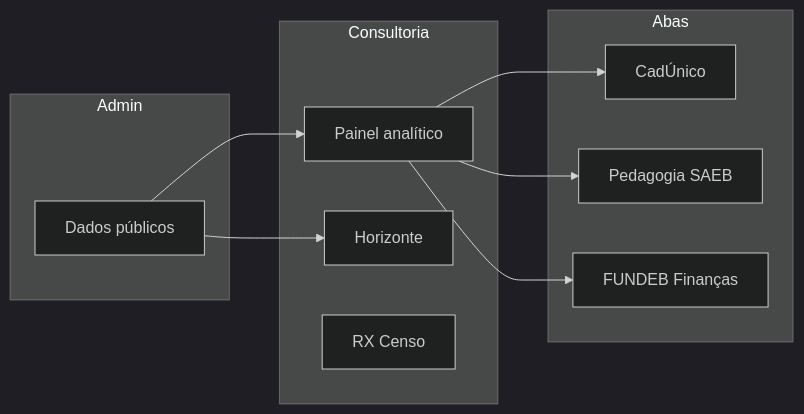
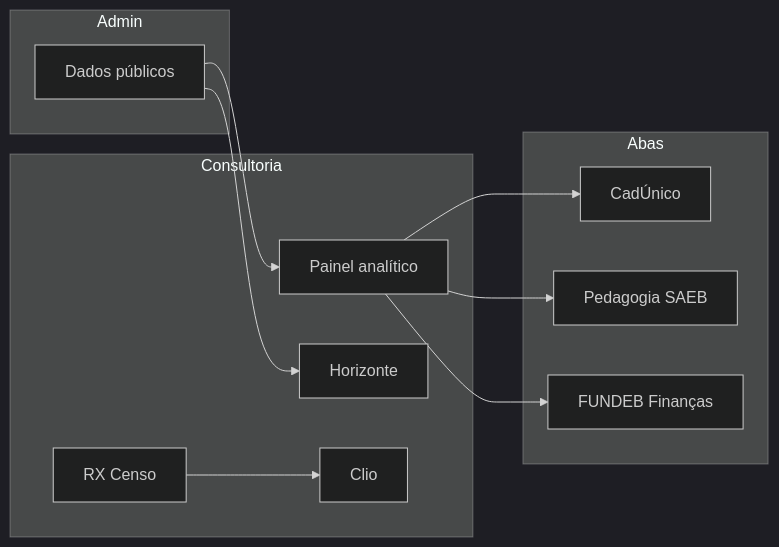
One commit to JaderGabriel/serventec-servlitcys changed the diagram in docs/modulos/README.md. Above: the diagram before and after it, drawn with Mermaid (dark theme). The commit also changed other lines of this file and 12 other files, not shown here.

````diff
--- a/docs/modulos/README.md
+++ b/docs/modulos/README.md
@@ -24,21 +24,23 @@
 ```mermaid
 flowchart LR
     subgraph Consultoria
         A[Painel analítico]
         H[Horizonte]
         R[RX Censo]
+        L[Clio]
     end
     subgraph Abas
         C[CadÚnico]
         P[Pedagogia SAEB]
         F[FUNDEB Finanças]
     end
     subgraph Admin
         D[Dados públicos]
     end
     A --> C
     A --> P
     A --> F
+    R --> L
     D --> A
     D --> H
 ```
````
